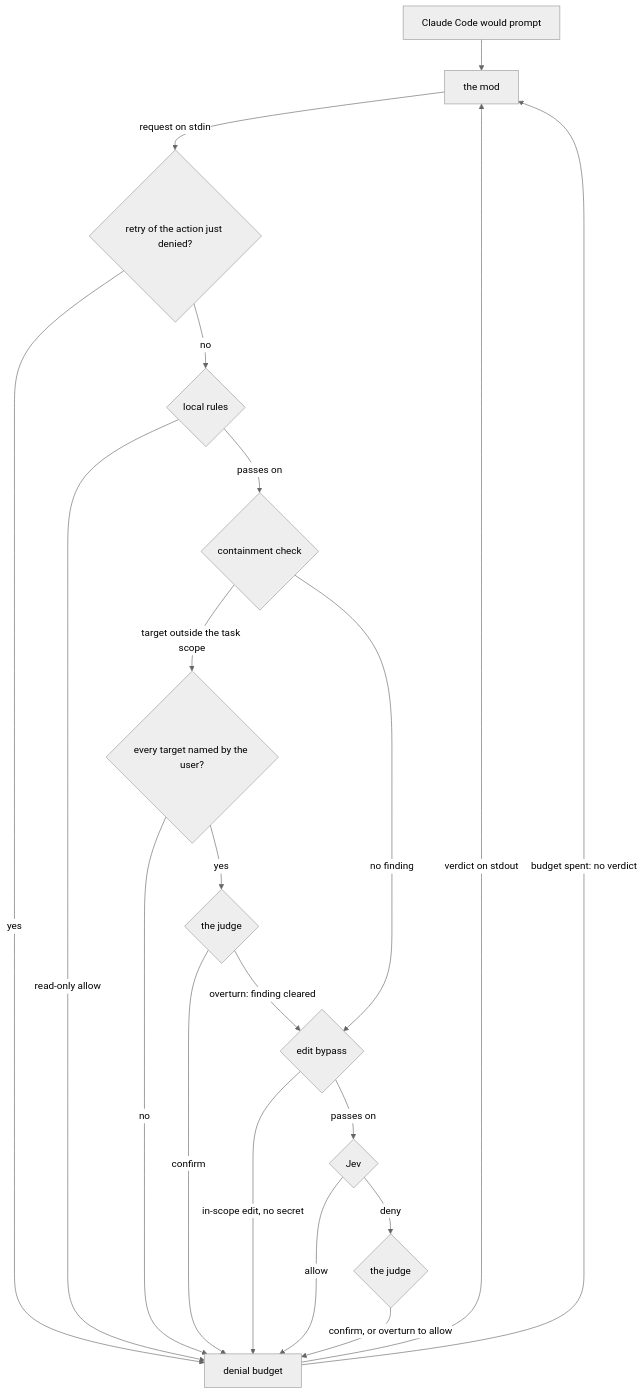
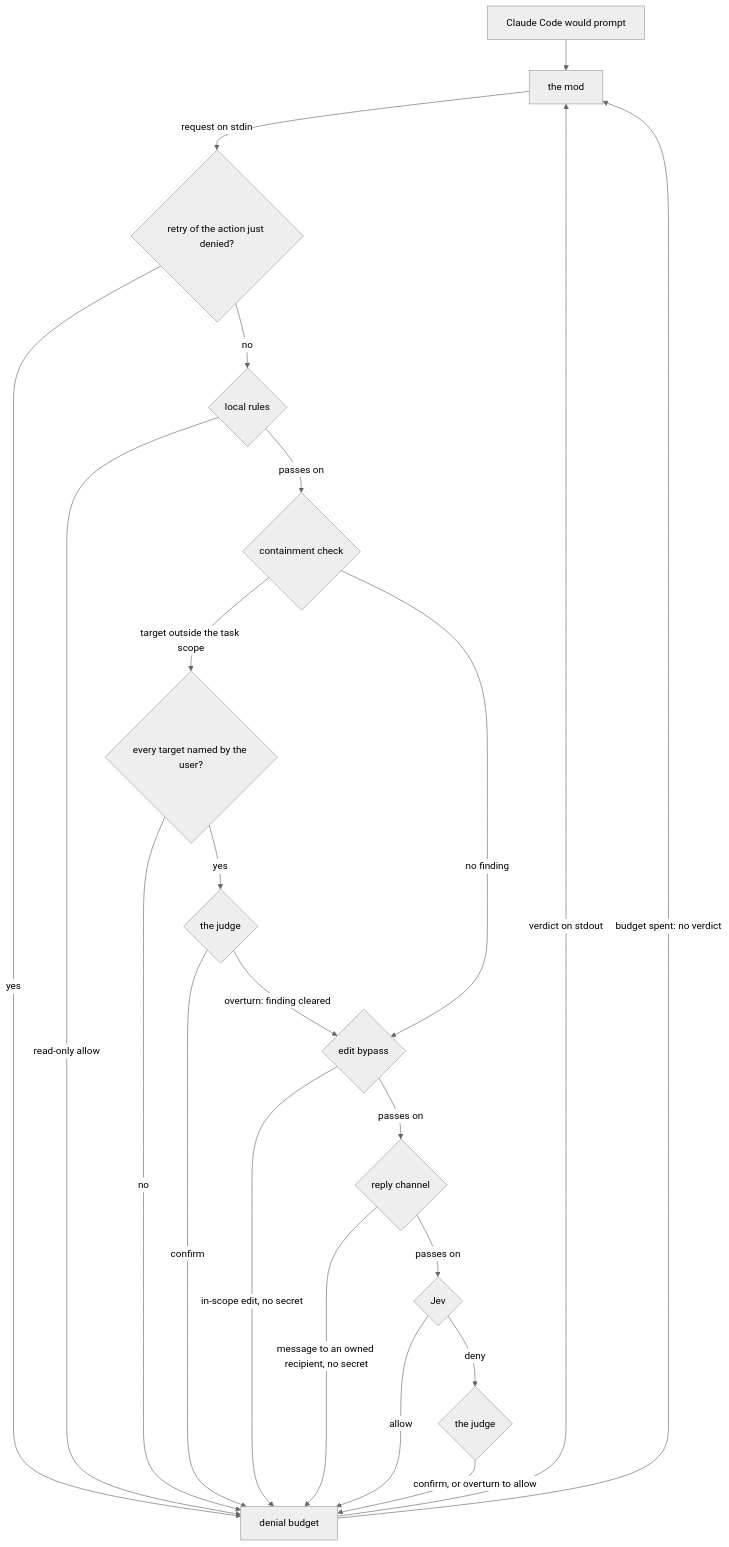
Before and after one commit to zgeoff/auto-mode: the first of 2 diagrams in docs/architecture/overview.md, drawn with Mermaid (neutral theme). The commit also changed other lines of this file and 57 other files, not shown here.

````diff
--- a/docs/architecture/overview.md
+++ b/docs/architecture/overview.md
@@ -19,22 +19,24 @@
 ```mermaid
 flowchart TD
   P["Claude Code would prompt"] --> M["the mod"]
   M -->|"request on stdin"| R{"retry of the action just denied?"}
   R -->|yes| B
   R -->|no| L{"local rules"}
   L -->|"read-only allow"| B
   L -->|"passes on"| C{"containment check"}
   C -->|"target outside the task scope"| N{"every target named by the user?"}
   N -->|no| B
   N -->|yes| G2{"the judge"}
   G2 -->|confirm| B
   G2 -->|"overturn: finding cleared"| E
   C -->|"no finding"| E{"edit bypass"}
   E -->|"in-scope edit, no secret"| B
-  E -->|"passes on"| J{"Jev"}
+  E -->|"passes on"| RC{"reply channel"}
+  RC -->|"message to an owned recipient, no secret"| B
+  RC -->|"passes on"| J{"Jev"}
   J -->|allow| B
   J -->|deny| G{"the judge"}
   G -->|"confirm, or overturn to allow"| B["denial budget"]
   B -->|"verdict on stdout"| M
   B -->|"budget spent: no verdict"| M
 ```
````
